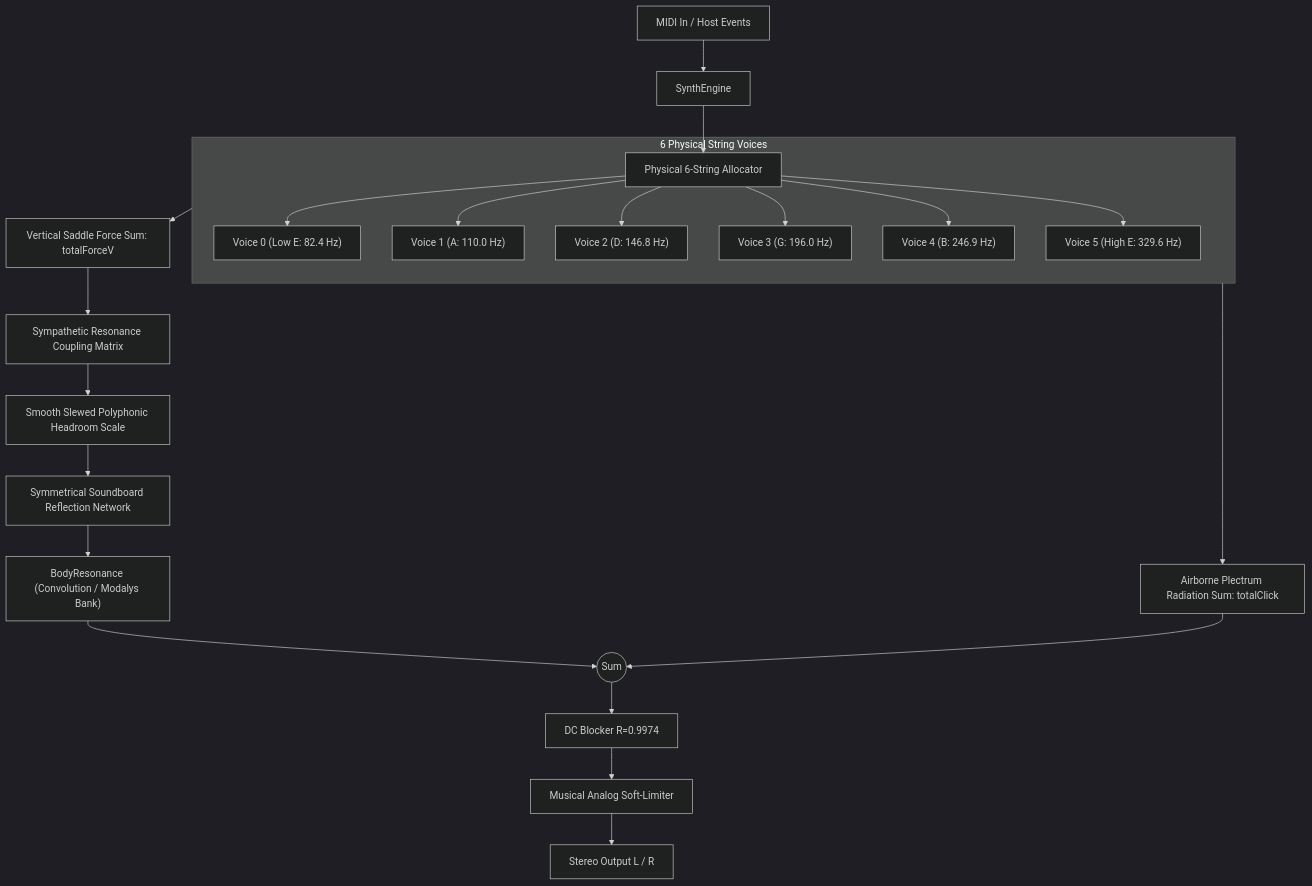
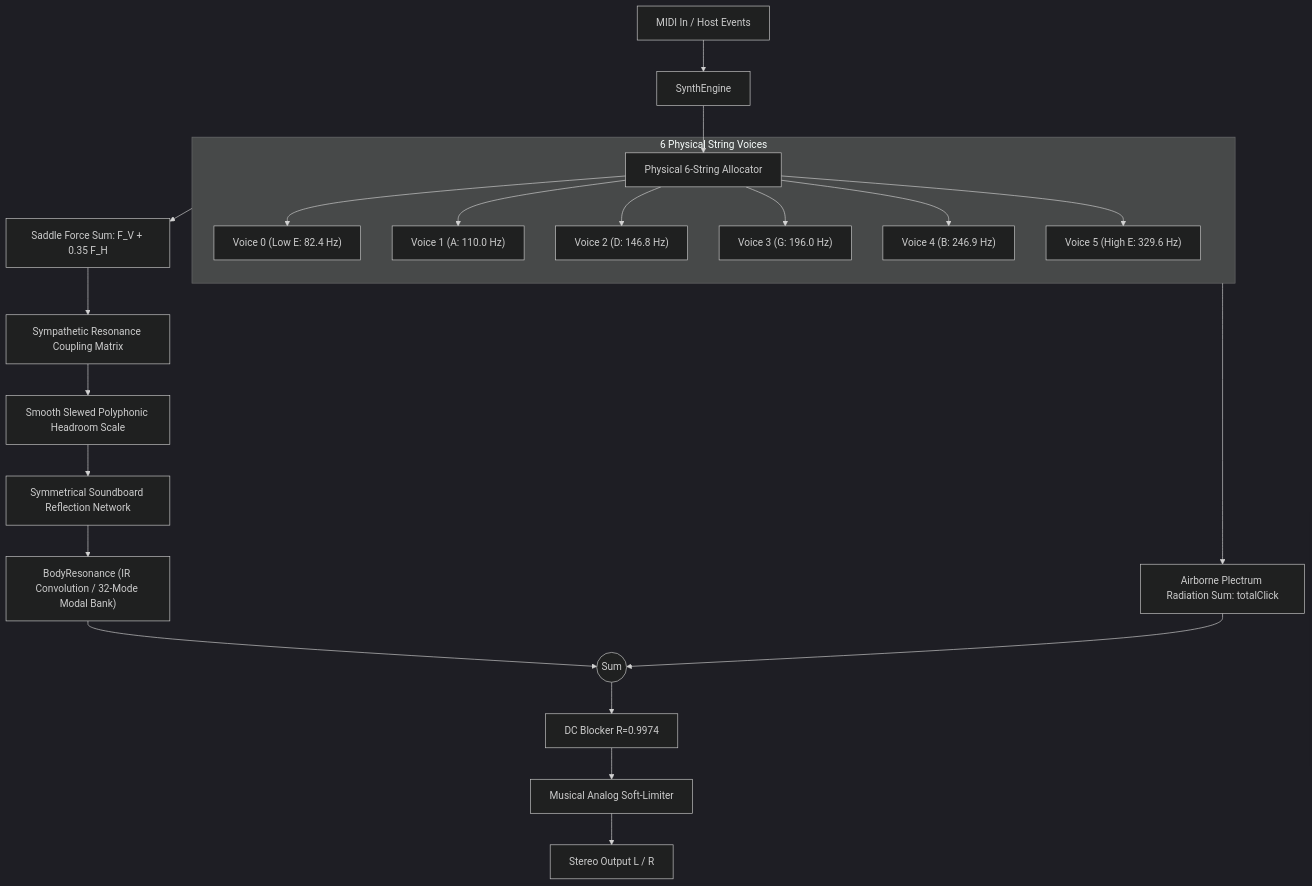
Before and after one commit to KhoiLe12/Capstone: the diagram in docs/wiki/01_architecture_overview.md, drawn with Mermaid (dark theme). The commit also changed 12 other files, not shown here.

````diff
--- a/docs/wiki/01_architecture_overview.md
+++ b/docs/wiki/01_architecture_overview.md
@@ -7,29 +7,29 @@
 ```mermaid
 flowchart TD
     MIDI[MIDI In / Host Events] --> SE[SynthEngine]
     SE --> StringAssign[Physical 6-String Allocator]
     
     subgraph Voices [6 Physical String Voices]
         StringAssign --> V0["Voice 0 (Low E: 82.4 Hz)"]
         StringAssign --> V1["Voice 1 (A: 110.0 Hz)"]
         StringAssign --> V2["Voice 2 (D: 146.8 Hz)"]
         StringAssign --> V3["Voice 3 (G: 196.0 Hz)"]
         StringAssign --> V4["Voice 4 (B: 246.9 Hz)"]
         StringAssign --> V5["Voice 5 (High E: 329.6 Hz)"]
     end
 
-    Voices --> BridgeSum[Vertical Saddle Force Sum: totalForceV]
+    Voices --> BridgeSum["Saddle Force Sum: F_V + 0.35 F_H"]
     Voices --> ClickSum[Airborne Plectrum Radiation Sum: totalClick]
     
     BridgeSum --> Symp[Sympathetic Resonance Coupling Matrix]
     Symp --> PolyScale[Smooth Slewed Polyphonic Headroom Scale]
     PolyScale --> ReflNet[Symmetrical Soundboard Reflection Network]
     
-    ReflNet --> BodyIR["BodyResonance (Convolution / Modalys Bank)"]
+    ReflNet --> BodyIR["BodyResonance (IR Convolution / 32-Mode Modal Bank)"]
     BodyIR --> Summer((Sum))
     ClickSum --> Summer
     
     Summer --> DCBlock[DC Blocker R=0.9974]
     DCBlock --> SoftLimiter[Musical Analog Soft-Limiter]
     SoftLimiter --> AudioOut[Stereo Output L / R]
 ```
````
